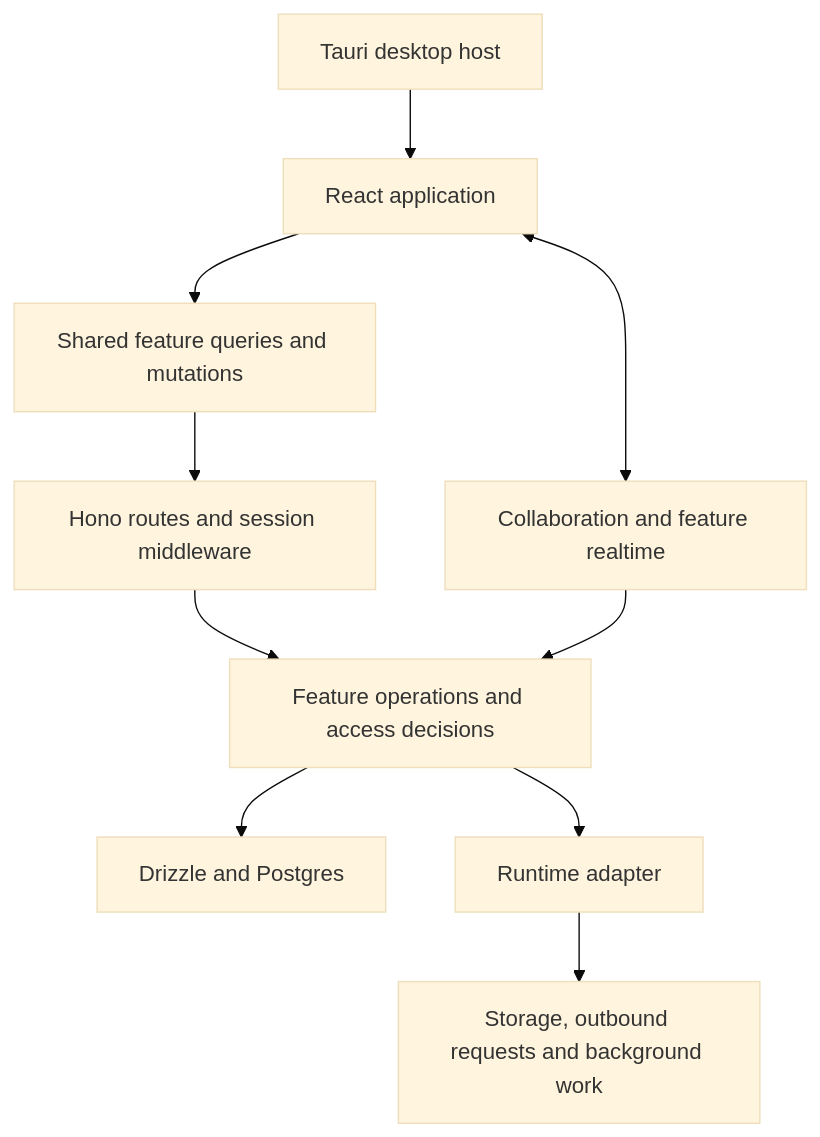
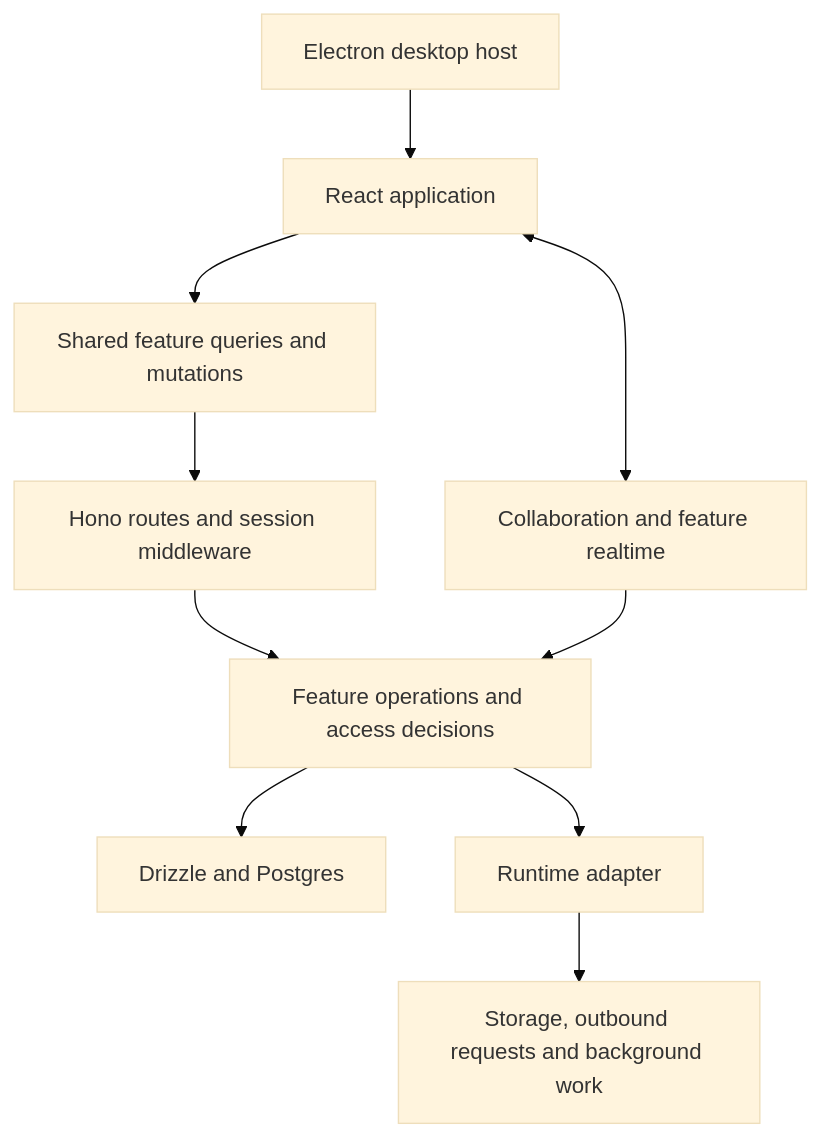
Before and after one commit to zilobase/zilobase: the diagram in architecture/system-overview.md, drawn with Mermaid (base theme). The commit also changed other lines of this file and 115 other files, not shown here.

Commit message:
Replace Tauri runtime with Electron desktop bridge

````diff
--- a/architecture/system-overview.md
+++ b/architecture/system-overview.md
@@ -8,12 +8,12 @@
 ```mermaid
 flowchart TD
-  Desktop[Tauri desktop host] --> Web[React application]
+  Desktop[Electron desktop host] --> Web[React application]
   Web --> Client[Shared feature queries and mutations]
   Client --> HTTP[Hono routes and session middleware]
   HTTP --> Features[Feature operations and access decisions]
   Features --> DB[Drizzle and Postgres]
   Features --> Runtime[Runtime adapter]
   Runtime --> IO[Storage, outbound requests and background work]
   Web <--> Realtime[Collaboration and feature realtime]
   Realtime --> Features
 ```
````
